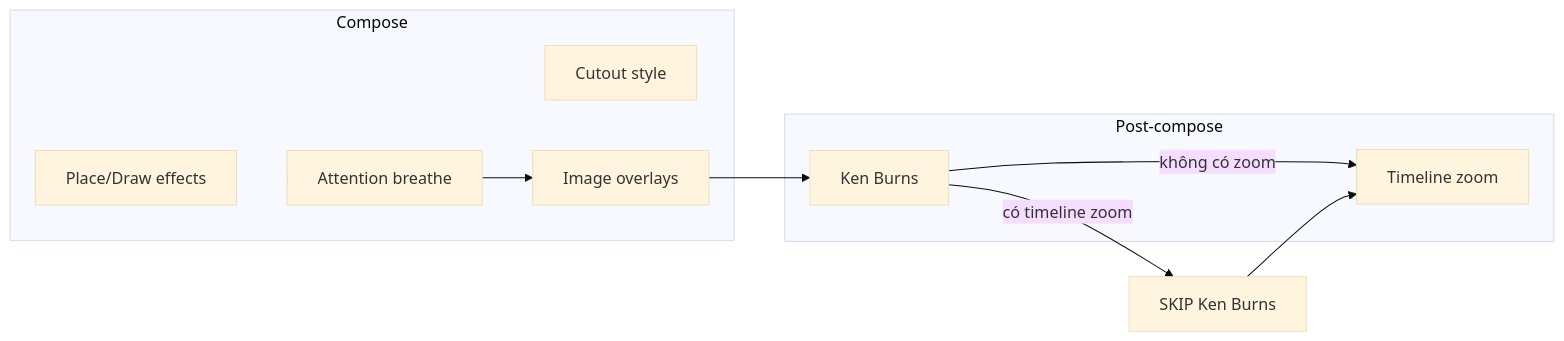
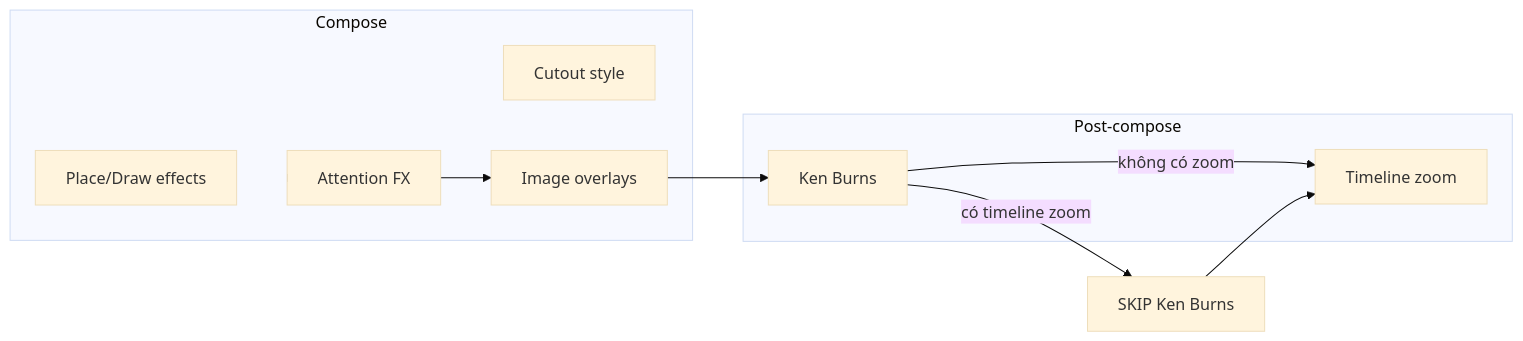
Before and after one commit to whyiloveher2411/_biong_backend_FE: the diagram in .cursor/skills/biong-short-video-whiteboard/references/effects-layers.md, drawn with Mermaid (base theme). The commit also changed other lines of this file and 12 other files, not shown here.

````diff
--- a/.cursor/skills/biong-short-video-whiteboard/references/effects-layers.md
+++ b/.cursor/skills/biong-short-video-whiteboard/references/effects-layers.md
@@ -179,19 +202,19 @@
 ```mermaid
 flowchart LR
   subgraph compose [Compose]
     Place[Place/Draw effects]
     Style[Cutout style]
-    Breathe[Attention breathe]
+    Breathe[Attention FX]
     Overlay[Image overlays]
   end
   subgraph post [Post-compose]
     KenBurns[Ken Burns]
     Timeline[Timeline zoom]
   end
   compose --> Breathe
   Breathe --> Overlay
   Overlay --> KenBurns
   KenBurns -->|"có timeline zoom"| Skip[SKIP Ken Burns]
   KenBurns -->|"không có zoom"| Timeline
   Skip --> Timeline
 ```
````
